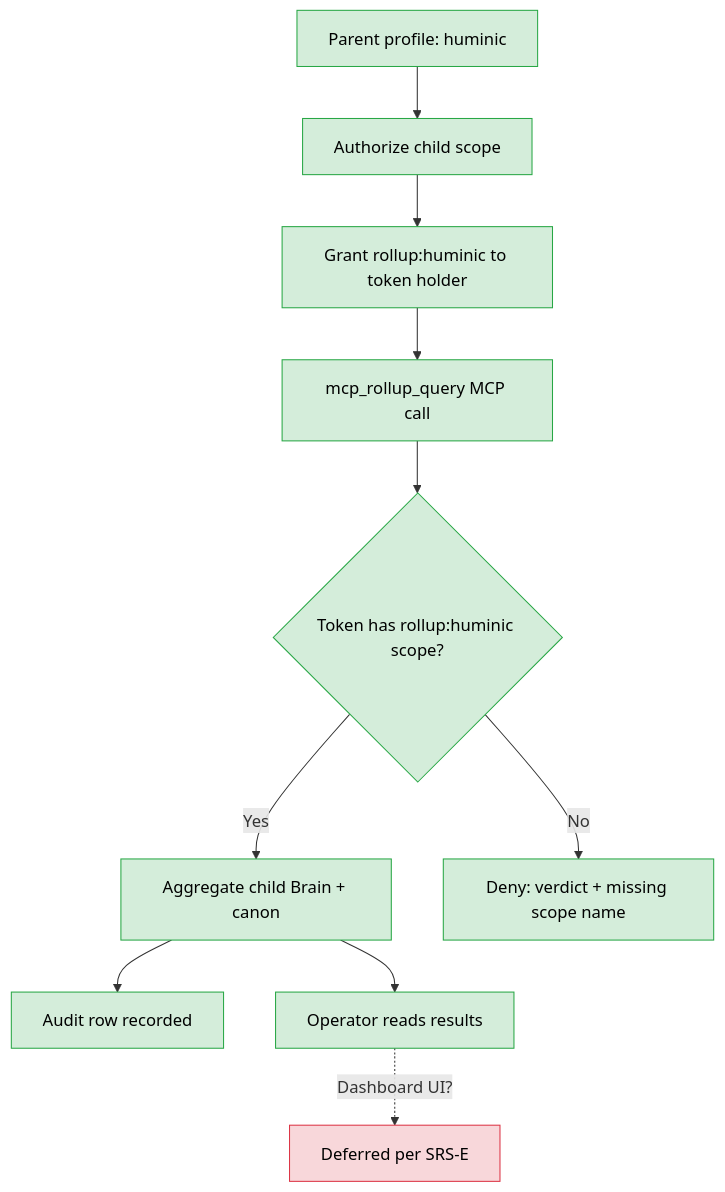
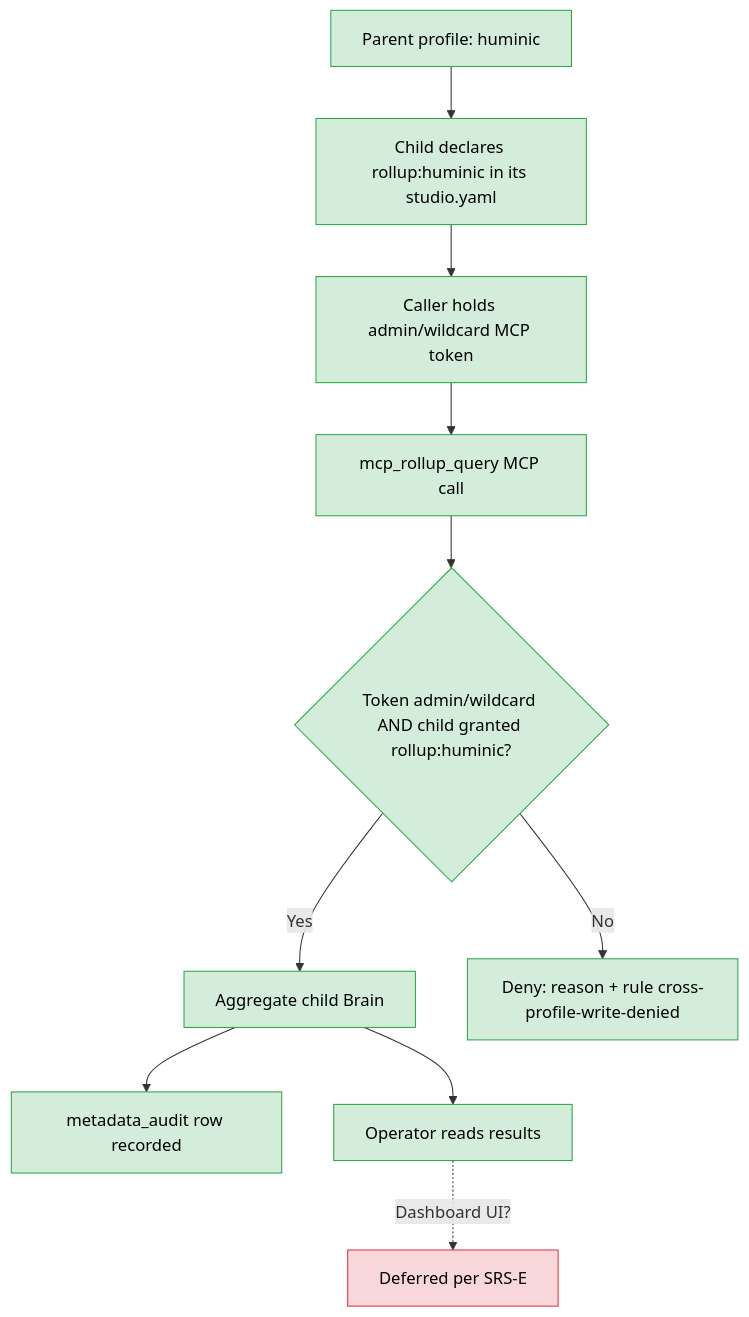
One commit to Huminic/Hermes-Studio changed the diagram in docs/launch/manuals/huminic-rollup-operator-guide.md. Above: the diagram before and after it, drawn with Mermaid. The commit also changed other lines of this file and 4 other files, not shown here.

````diff
--- a/docs/launch/manuals/huminic-rollup-operator-guide.md
+++ b/docs/launch/manuals/huminic-rollup-operator-guide.md
@@ -13,16 +13,16 @@
 ```mermaid
 flowchart TD
-    P[Parent profile: huminic]:::ok --> A[Authorize child scope]:::ok
-    A --> G[Grant rollup:huminic to token holder]:::ok
+    P[Parent profile: huminic]:::ok --> A[Child declares rollup:huminic in its studio.yaml]:::ok
+    A --> G[Caller holds admin/wildcard MCP token]:::ok
     G --> Q[mcp_rollup_query MCP call]:::ok
-    Q --> R{Token has rollup:huminic scope?}:::ok
-    R -->|Yes| AGG[Aggregate child Brain + canon]:::ok
-    R -->|No| D[Deny: verdict + missing scope name]:::ok
-    AGG --> AUD[Audit row recorded]:::ok
+    Q --> R{Token admin/wildcard AND child granted rollup:huminic?}:::ok
+    R -->|Yes| AGG[Aggregate child Brain]:::ok
+    R -->|No| D[Deny: reason + rule cross-profile-write-denied]:::ok
+    AGG --> AUD[metadata_audit row recorded]:::ok
     AGG --> O[Operator reads results]:::ok
 
     O -.->|Dashboard UI?| DASH[Deferred per SRS-E]:::gap
 
     classDef ok fill:#d4edda,stroke:#28a745,color:#000
     classDef gap fill:#f8d7da,stroke:#dc3545,color:#000
 ```
````
